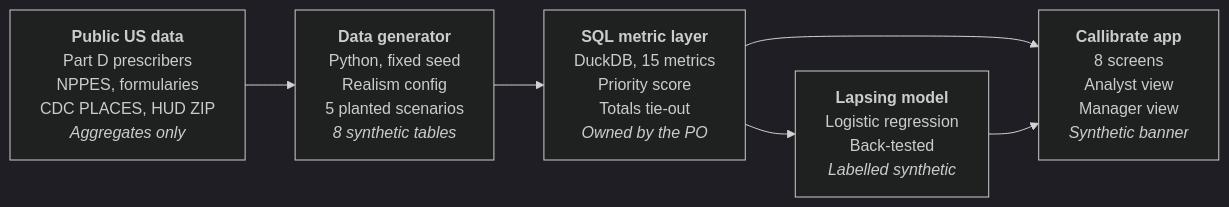
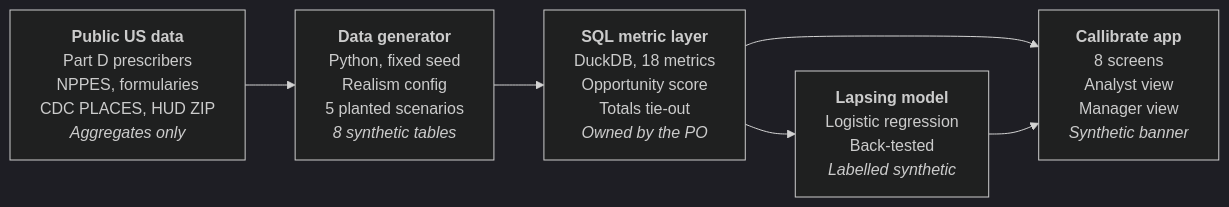
The diagram in docs/FRD.md (ApoorvaB11/Callibrate), drawn with Mermaid (dark theme) before and after one commit. The commit also changed other lines of this file and 8 other files, not shown here.

````diff
--- a/docs/FRD.md
+++ b/docs/FRD.md
@@ -23,10 +23,10 @@
 ```mermaid
 flowchart LR
     P["<b>Public US data</b><br/>Part D prescribers<br/>NPPES, formularies<br/>CDC PLACES, HUD ZIP<br/><i>Aggregates only</i>"]
     G["<b>Data generator</b><br/>Python, fixed seed<br/>Realism config<br/>5 planted scenarios<br/><i>8 synthetic tables</i>"]
-    S["<b>SQL metric layer</b><br/>DuckDB, 15 metrics<br/>Priority score<br/>Totals tie-out<br/><i>Owned by the PO</i>"]
+    S["<b>SQL metric layer</b><br/>DuckDB, 18 metrics<br/>Opportunity score<br/>Totals tie-out<br/><i>Owned by the PO</i>"]
     M["<b>Lapsing model</b><br/>Logistic regression<br/>Back-tested<br/><i>Labelled synthetic</i>"]
     A["<b>Callibrate app</b><br/>8 screens<br/>Analyst view<br/>Manager view<br/><i>Synthetic banner</i>"]
     P --> G --> S --> A
     S --> M --> A
 ```
````
